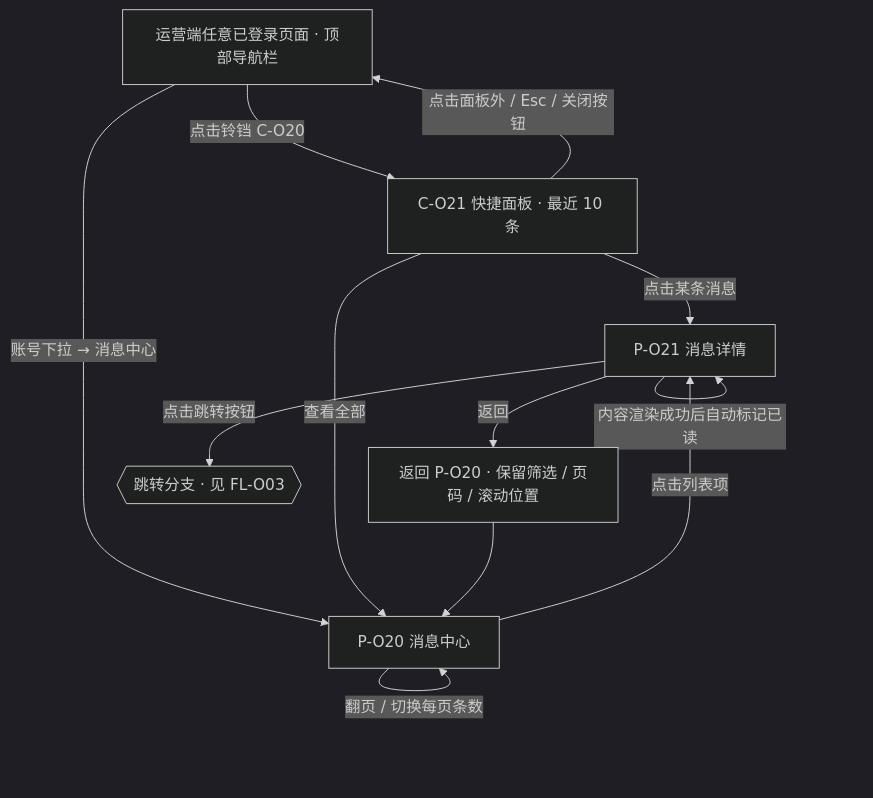
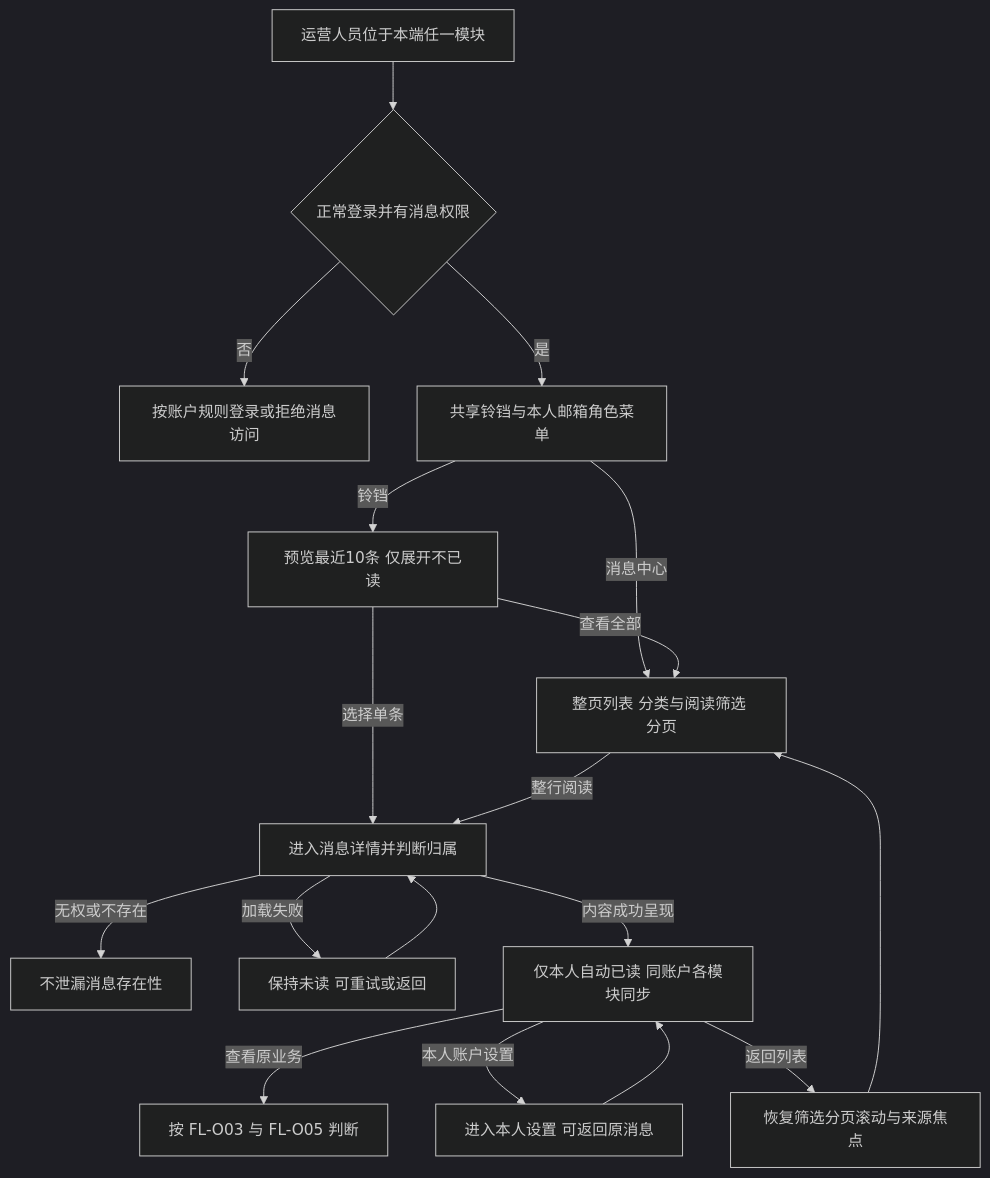
One commit to wxblockchain/Chain-Financing changed the first of 7 diagrams in lending-platform/PRD/v1.0-运营端消息通知/v1.0-运营端消息通知-流程图与状态机.md. Above: the diagram before and after it, drawn with Mermaid (dark theme). The commit also changed other lines of this file and 3 other files, not shown here.

````diff
--- a/lending-platform/PRD/v1.0-运营端消息通知/v1.0-运营端消息通知-流程图与状态机.md
+++ b/lending-platform/PRD/v1.0-运营端消息通知/v1.0-运营端消息通知-流程图与状态机.md
@@ -34,20 +20,20 @@
 ```mermaid
 flowchart TD
-    Nav[运营端任意已登录页面 · 顶部导航栏] -->|点击铃铛 C-O20| Panel[C-O21 快捷面板 · 最近 10 条]
-    Nav -->|账号下拉 → 消息中心| List[P-O20 消息中心]
-
-    Panel -->|点击某条消息| Detail[P-O21 消息详情]
-    Panel -->|查看全部| List
-    Panel -->|点击面板外 / Esc / 关闭按钮| Nav
-
-    List -->|点击列表项| Detail
-    List -->|行内「标为已读」| List
-    List -->|全部标为已读 → 二次确认| List
-    List -->|翻页 / 切换每页条数| List
-
-    Detail -->|内容渲染成功后自动标记已读| Detail
-    Detail -->|返回| Back[返回 P-O20 · 保留筛选 / 页码 / 滚动位置]
-    Detail -->|点击跳转按钮| Jump{{跳转分支 · 见 FL-O03}}
-
-    Back --> List
+    A[运营人员位于本端任一模块] --> B{正常登录并有消息权限}
+    B -->|否| X[按账户规则登录或拒绝消息访问]
+    B -->|是| C[共享铃铛与本人邮箱角色菜单]
+    C -->|铃铛| D[预览最近10条 仅展开不已读]
+    C -->|消息中心| E[整页列表 分类与阅读筛选 分页]
+    D -->|查看全部| E
+    D -->|选择单条| F[进入消息详情并判断归属]
+    E -->|整行阅读| F
+    F -->|无权或不存在| N[不泄漏消息存在性]
+    F -->|加载失败| R[保持未读 可重试或返回]
+    R --> F
+    F -->|内容成功呈现| G[仅本人自动已读 同账户各模块同步]
+    G -->|查看原业务| H[按 FL-O03 与 FL-O05 判断]
+    G -->|本人账户设置| I[进入本人设置 可返回原消息]
+    I --> G
+    G -->|返回列表| J[恢复筛选分页滚动与来源焦点]
+    J --> E
 ```
````
